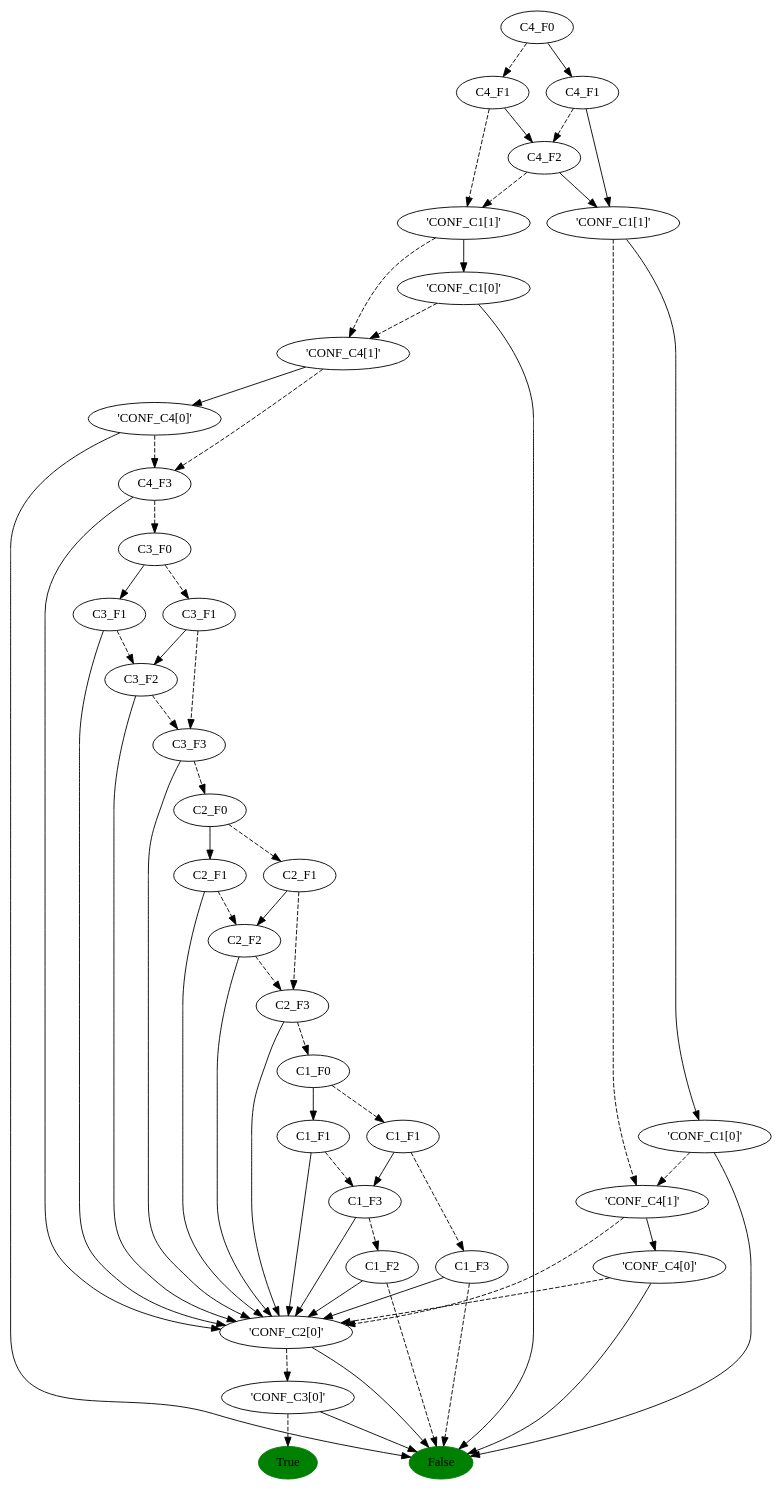
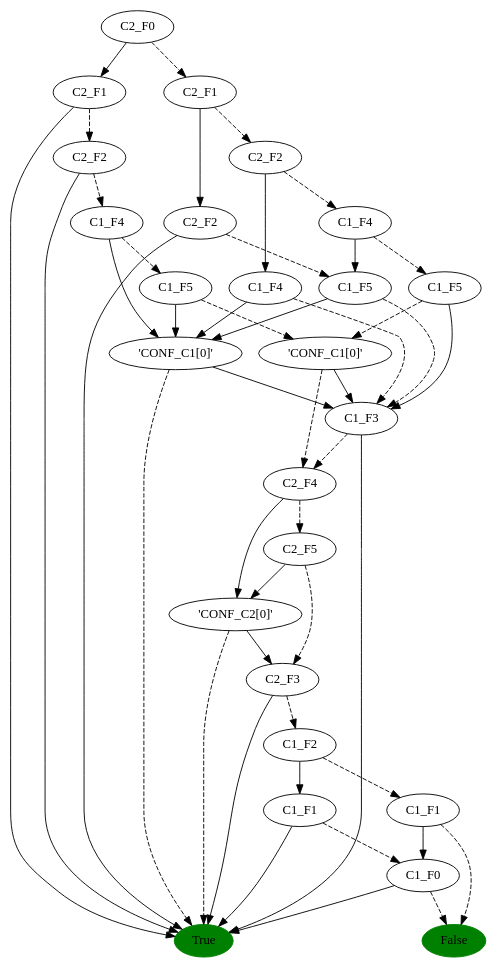
The diagram in bdd.dot (giulitu95/DSE-Reliability-Analysis), drawn with Graphviz before and after one commit. The commit also changed 4 other files, not shown here.

```diff
--- a/bdd.dot
+++ b/bdd.dot
@@ -1,102 +1,78 @@
 digraph "" {
 	node [label="\N"];
 	-1	[color=green,
 		label=True,
 		style=filled];
 	-2	[color=green,
 		label=False,
 		style=filled];
-	0	[label=C4_F0];
-	1	[label=C4_F1];
+	0	[label=C2_F0];
+	1	[label=C2_F1];
 	0 -> 1	[style=dashed];
-	30	[label=C4_F1];
-	0 -> 30	[style=solid];
-	2	[label="'CONF_C1[1]'"];
+	19	[label=C2_F1];
+	0 -> 19	[style=solid];
+	2	[label=C2_F2];
 	1 -> 2	[style=dashed];
-	25	[label=C4_F2];
-	1 -> 25	[style=solid];
-	3	[label="'CONF_C4[1]'"];
+	18	[label=C2_F2];
+	1 -> 18	[style=solid];
+	3	[label=C1_F4];
 	2 -> 3	[style=dashed];
-	24	[label="'CONF_C1[0]'"];
-	2 -> 24	[style=solid];
-	4	[label=C4_F3];
+	17	[label=C1_F4];
+	2 -> 17	[style=solid];
+	4	[label=C1_F5];
 	3 -> 4	[style=dashed];
-	23	[label="'CONF_C4[0]'"];
-	3 -> 23	[style=solid];
-	5	[label=C3_F0];
+	15	[label=C1_F5];
+	3 -> 15	[style=solid];
+	5	[label="'CONF_C1[0]'"];
 	4 -> 5	[style=dashed];
-	14	[label="'CONF_C2[0]'"];
+	14	[label=C1_F3];
 	4 -> 14	[style=solid];
-	6	[label=C3_F1];
+	6	[label=C2_F4];
 	5 -> 6	[style=dashed];
-	22	[label=C3_F1];
-	5 -> 22	[style=solid];
-	7	[label=C3_F3];
+	5 -> 14	[style=solid];
+	7	[label=C2_F5];
 	6 -> 7	[style=dashed];
-	21	[label=C3_F2];
-	6 -> 21	[style=solid];
-	8	[label=C2_F0];
+	13	[label="'CONF_C2[0]'"];
+	6 -> 13	[style=solid];
+	8	[label=C2_F3];
 	7 -> 8	[style=dashed];
-	7 -> 14	[style=solid];
-	9	[label=C2_F1];
+	7 -> 13	[style=solid];
+	8 -> -1	[style=solid];
+	9	[label=C1_F2];
 	8 -> 9	[style=dashed];
-	20	[label=C2_F1];
-	8 -> 20	[style=solid];
-	10	[label=C2_F3];
+	10	[label=C1_F1];
 	9 -> 10	[style=dashed];
-	19	[label=C2_F2];
-	9 -> 19	[style=solid];
+	12	[label=C1_F1];
+	9 -> 12	[style=solid];
+	10 -> -2	[style=dashed];
 	11	[label=C1_F0];
-	10 -> 11	[style=dashed];
-	10 -> 14	[style=solid];
-	12	[label=C1_F1];
-	11 -> 12	[style=dashed];
-	18	[label=C1_F1];
-	11 -> 18	[style=solid];
-	13	[label=C1_F3];
-	12 -> 13	[style=dashed];
-	16	[label=C1_F3];
-	12 -> 16	[style=solid];
-	13 -> -2	[style=dashed];
-	13 -> 14	[style=solid];
-	14 -> -2	[style=solid];
-	15	[label="'CONF_C3[0]'"];
-	14 -> 15	[style=dashed];
-	15 -> -1	[style=dashed];
-	15 -> -2	[style=solid];
+	10 -> 11	[style=solid];
+	11 -> -1	[style=solid];
+	11 -> -2	[style=dashed];
+	12 -> -1	[style=solid];
+	12 -> 11	[style=dashed];
+	13 -> -1	[style=dashed];
+	13 -> 8	[style=solid];
+	14 -> -1	[style=solid];
+	14 -> 6	[style=dashed];
+	15 -> 14	[style=dashed];
+	16	[label="'CONF_C1[0]'"];
+	15 -> 16	[style=solid];
+	16 -> -1	[style=dashed];
 	16 -> 14	[style=solid];
-	17	[label=C1_F2];
-	16 -> 17	[style=dashed];
-	17 -> -2	[style=dashed];
-	17 -> 14	[style=solid];
-	18 -> 14	[style=solid];
-	18 -> 16	[style=dashed];
-	19 -> 10	[style=dashed];
-	19 -> 14	[style=solid];
-	20 -> 14	[style=solid];
-	20 -> 19	[style=dashed];
-	21 -> 7	[style=dashed];
-	21 -> 14	[style=solid];
-	22 -> 14	[style=solid];
-	22 -> 21	[style=dashed];
-	23 -> -2	[style=solid];
-	23 -> 4	[style=dashed];
-	24 -> -2	[style=solid];
-	24 -> 3	[style=dashed];
-	25 -> 2	[style=dashed];
-	26	[label="'CONF_C1[1]'"];
-	25 -> 26	[style=solid];
-	27	[label="'CONF_C4[1]'"];
-	26 -> 27	[style=dashed];
-	29	[label="'CONF_C1[0]'"];
-	26 -> 29	[style=solid];
-	27 -> 14	[style=dashed];
-	28	[label="'CONF_C4[0]'"];
-	27 -> 28	[style=solid];
-	28 -> -2	[style=solid];
-	28 -> 14	[style=dashed];
-	29 -> -2	[style=solid];
-	29 -> 27	[style=dashed];
-	30 -> 25	[style=dashed];
-	30 -> 26	[style=solid];
+	17 -> 14	[style=dashed];
+	17 -> 16	[style=solid];
+	18 -> -1	[style=solid];
+	18 -> 15	[style=dashed];
+	19 -> -1	[style=solid];
+	20	[label=C2_F2];
+	19 -> 20	[style=dashed];
+	20 -> -1	[style=solid];
+	21	[label=C1_F4];
+	20 -> 21	[style=dashed];
+	21 -> 16	[style=solid];
+	22	[label=C1_F5];
+	21 -> 22	[style=dashed];
+	22 -> 5	[style=dashed];
+	22 -> 16	[style=solid];
 }
```
